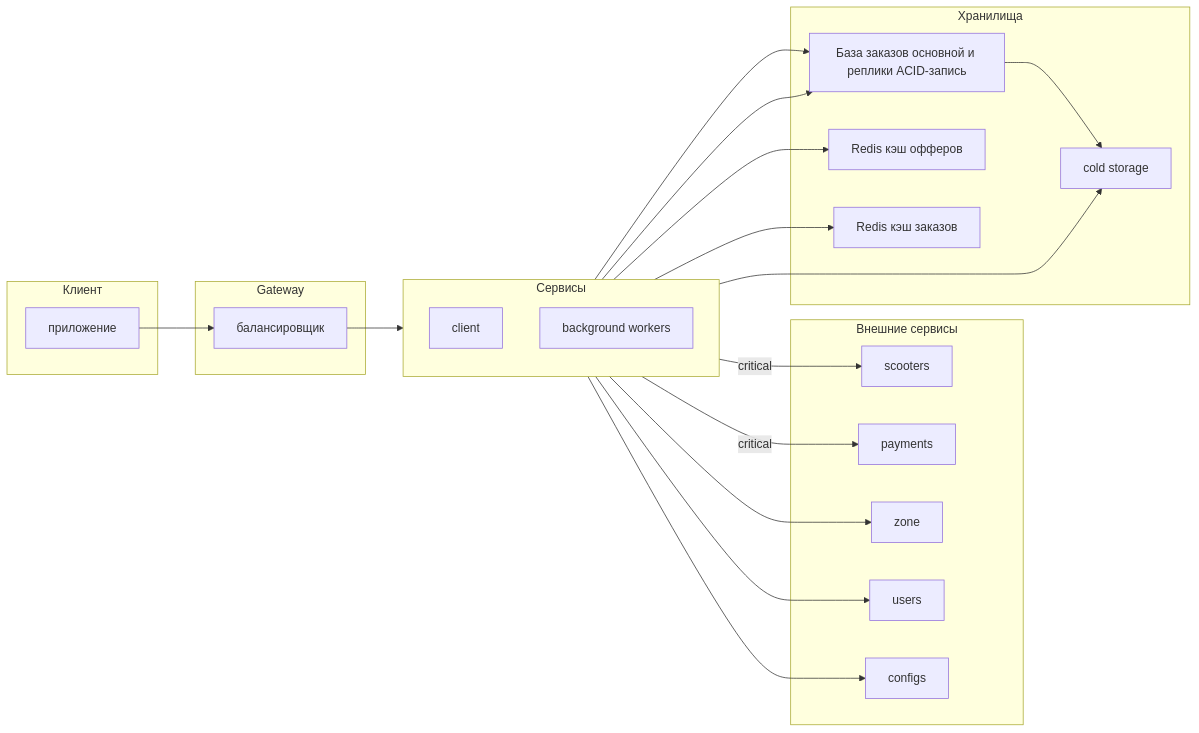
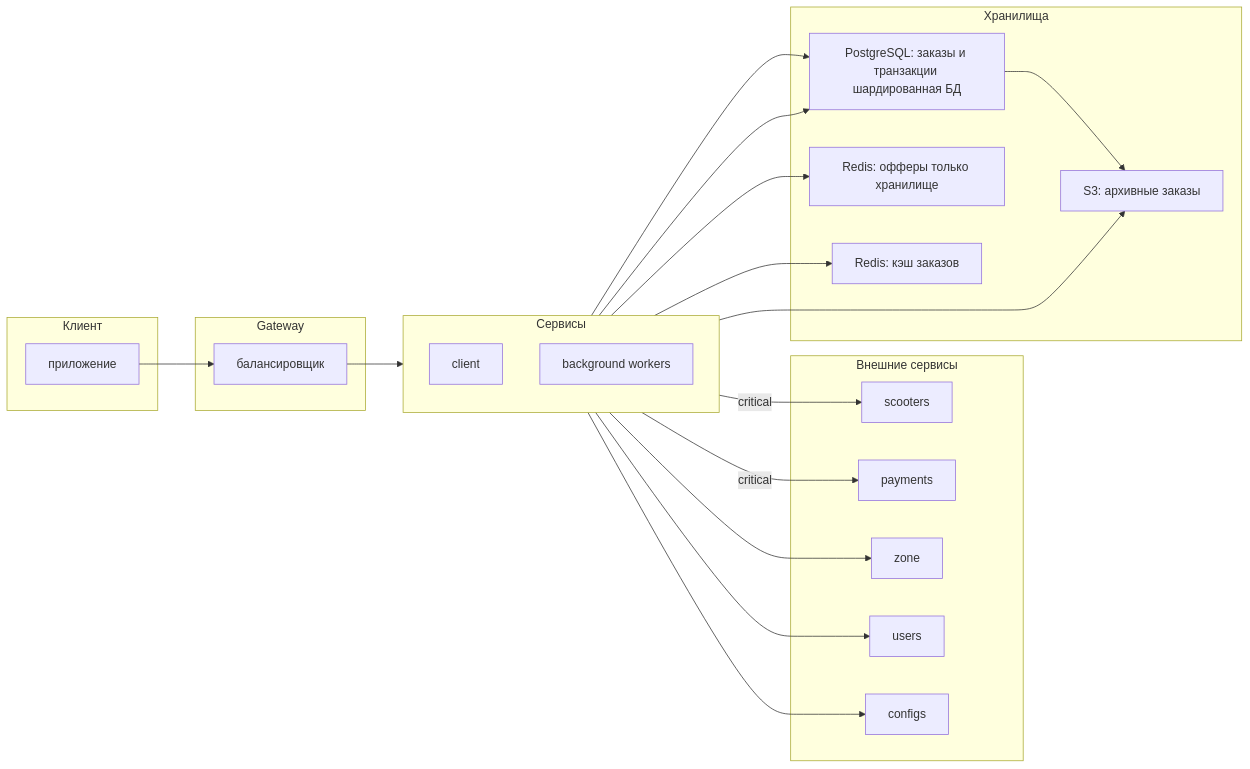
Before and after one commit to Alexdat2000/system-design-homework: the first of 2 diagrams in ADR/ADR.md, drawn with Mermaid. The commit also changed other lines of this file, not shown here.

````diff
--- a/ADR/ADR.md
+++ b/ADR/ADR.md
@@ -173,49 +301,49 @@
 ```mermaid
 
 flowchart LR
 subgraph Клиент
 A[приложение]
 end
 
 subgraph Gateway
 ALB[балансировщик]
 end
 
 subgraph Сервисы
 direction TB
 CLIENT[client]
 WORKERS[background workers]
 end
 
 subgraph Внешние сервисы
 SCOOTERS[scooters]
 PAYMENTS[payments]
 ZONE[zone]
 USERS[users]
 CONFIGS[configs]
 end
 
 subgraph Хранилища
-ORDERS_DB[База заказов основной и реплики ACID-запись]
-COLD[cold storage]
-OFFER_CACHE[Redis кэш офферов]
-ORDER_CACHE[Redis кэш заказов]
+ORDERS_DB[PostgreSQL: заказы и транзакции шардированная БД]
+COLD[S3: архивные заказы]
+OFFERS_REDIS[Redis: офферы только хранилище]
+ORDER_CACHE[Redis: кэш заказов]
 end
 
 A --> ALB
 ALB --> CLIENT
-CLIENT --> OFFER_CACHE
+CLIENT --> OFFERS_REDIS
 CLIENT --> ORDER_CACHE
 CLIENT --> ORDERS_DB
 CLIENT -->|critical| SCOOTERS
 CLIENT -->|critical| PAYMENTS
 CLIENT --> ZONE
 CLIENT --> USERS
 CLIENT --> CONFIGS
 
 WORKERS --> ORDERS_DB
 WORKERS --> COLD
 
 ORDERS_DB --> COLD
 
 ```
````
